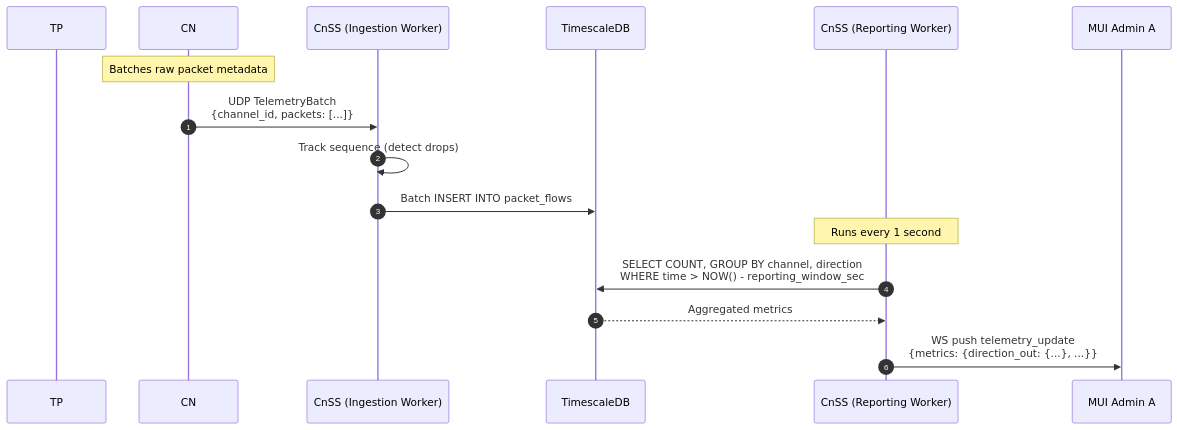
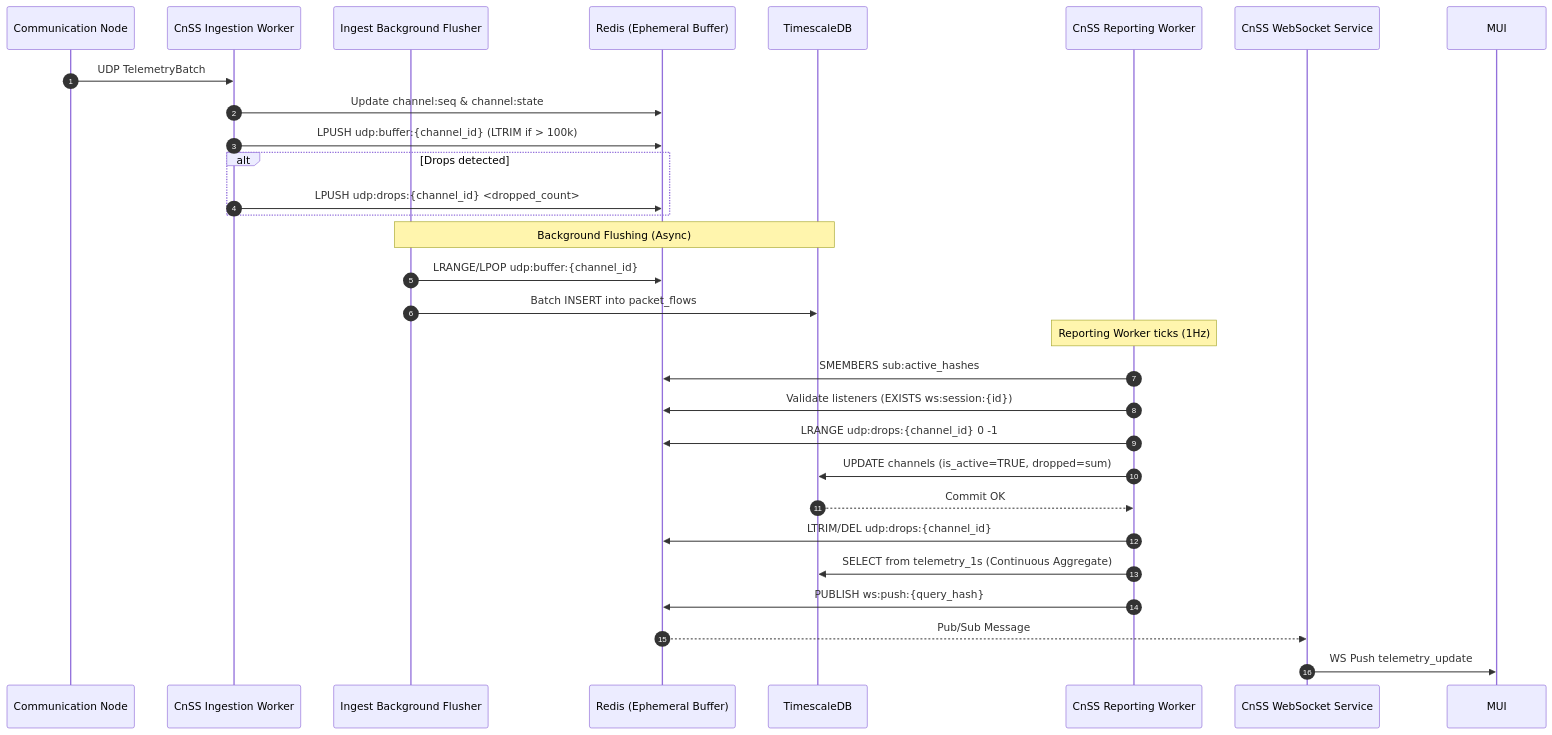
The second of 5 diagrams in docs/system-documentation.md (SWP-47/traffic-processing-platform), drawn with Mermaid before and after one commit. The commit also changed other lines of this file and 2 other files, not shown here.

````diff
--- a/docs/system-documentation.md
+++ b/docs/system-documentation.md
@@ -102,22 +160,36 @@
 ```mermaid
 sequenceDiagram
     autonumber
-    participant TP1 as TP #1 (bridge-berlin)
-    participant CN1 as CN #1 (channel: bridge-berlin)
-    participant CnSS_Ingest as CnSS (Ingestion Worker)
+    participant CN as Communication Node
+    participant Ingest as CnSS Ingestion Worker
+    participant Flusher as Ingest Background Flusher
+    participant Redis as Redis (Ephemeral Buffer)
     participant DB as TimescaleDB
-    participant CnSS_Report as CnSS (Reporting Worker)
-    participant MUI_A as MUI Admin A
+    participant Report as CnSS Reporting Worker
+    participant WS as CnSS WebSocket Service
+    participant MUI as MUI
 
-    Note over CN1: Batches raw packet metadata
-    CN1->>CnSS_Ingest: UDP TelemetryBatch <br/> {channel_id, packets: [...]}
+    CN->>Ingest: UDP TelemetryBatch
+    Ingest->>Redis: Update channel:seq & channel:state
+    Ingest->>Redis: LPUSH udp:buffer:{channel_id} (LTRIM if > 100k)
+    alt Drops detected
+        Ingest->>Redis: LPUSH udp:drops:{channel_id} <dropped_count>
+    end
     
-    CnSS_Ingest->>CnSS_Ingest: Track sequence (detect drops)
-    CnSS_Ingest->>DB: Batch INSERT INTO packet_flows
+    Note over Flusher,DB: Background Flushing (Async)
+    Flusher->>Redis: LRANGE/LPOP udp:buffer:{channel_id}
+    Flusher->>DB: Batch INSERT into packet_flows
     
-    Note over CnSS_Report: Runs every 1 second
-    CnSS_Report->>DB: SELECT COUNT, GROUP BY channel, direction <br/> WHERE time > NOW() - reporting_window_sec
-    DB-->>CnSS_Report: Aggregated metrics
+    Note over Report: Reporting Worker ticks (1Hz)
+    Report->>Redis: SMEMBERS sub:active_hashes
+    Report->>Redis: Validate listeners (EXISTS ws:session:{id})
+    Report->>Redis: LRANGE udp:drops:{channel_id} 0 -1
+    Report->>DB: UPDATE channels (is_active=TRUE, dropped=sum)
+    DB-->>Report: Commit OK
+    Report->>Redis: LTRIM/DEL udp:drops:{channel_id}
     
-    CnSS_Report->>MUI_A: WS push telemetry_update <br/> {metrics: {direction_out: {...}, ...}}
+    Report->>DB: SELECT from telemetry_1s (Continuous Aggregate)
+    Report->>Redis: PUBLISH ws:push:{query_hash}
+    Redis-->>WS: Pub/Sub Message
+    WS->>MUI: WS Push telemetry_update
 ```
````
